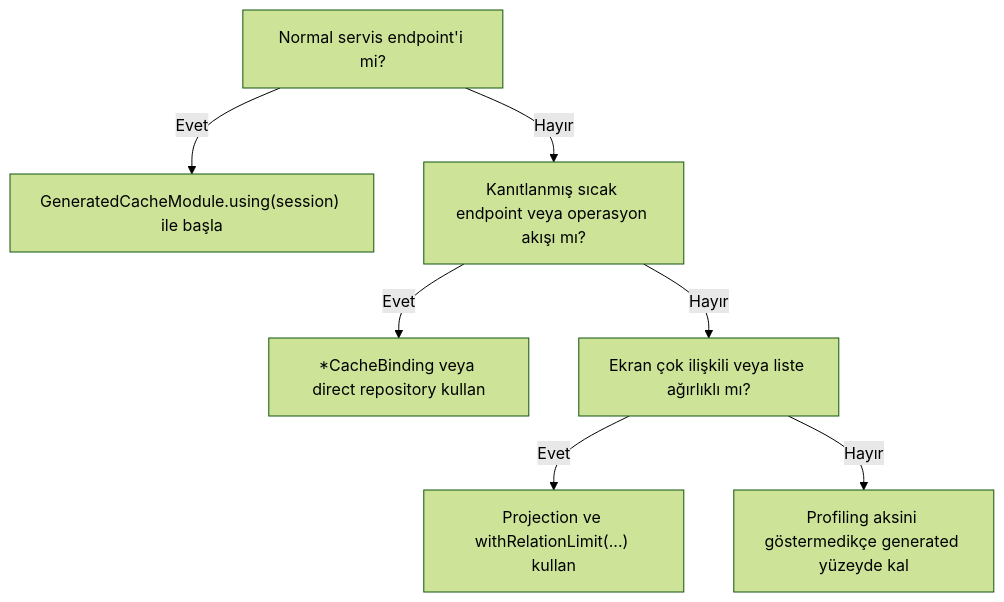
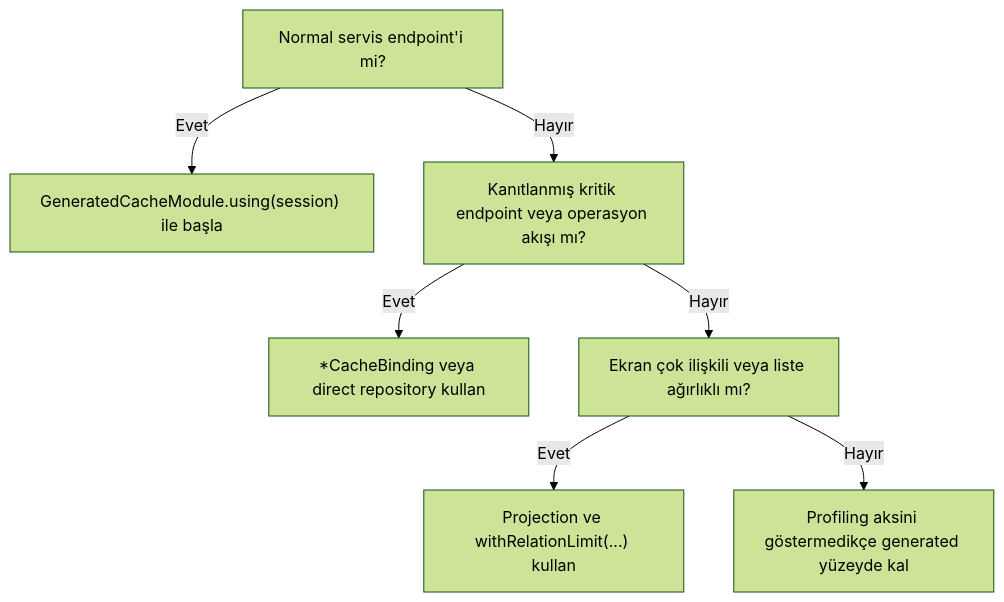
Before and after one commit to esasmer-dou/cache-database: the diagram in tr/docs/production-recipes.md, drawn with Mermaid (forest theme). The commit also changed other lines of this file and 13 other files, not shown here.

````diff
--- a/tr/docs/production-recipes.md
+++ b/tr/docs/production-recipes.md
@@ -76,9 +76,9 @@
 ```mermaid
 flowchart TD
     A["Normal servis endpoint'i mi?"] -->|Evet| B["GeneratedCacheModule.using(session) ile başla"]
-    A -->|Hayır| C["Kanıtlanmış sıcak endpoint veya operasyon akışı mı?"]
+    A -->|Hayır| C["Kanıtlanmış kritik endpoint veya operasyon akışı mı?"]
     C -->|Evet| D["*CacheBinding veya direct repository kullan"]
     C -->|Hayır| E["Ekran çok ilişkili veya liste ağırlıklı mı?"]
     E -->|Evet| F["Projection ve withRelationLimit(...) kullan"]
     E -->|Hayır| G["Profiling aksini göstermedikçe generated yüzeyde kal"]
 ```
````
